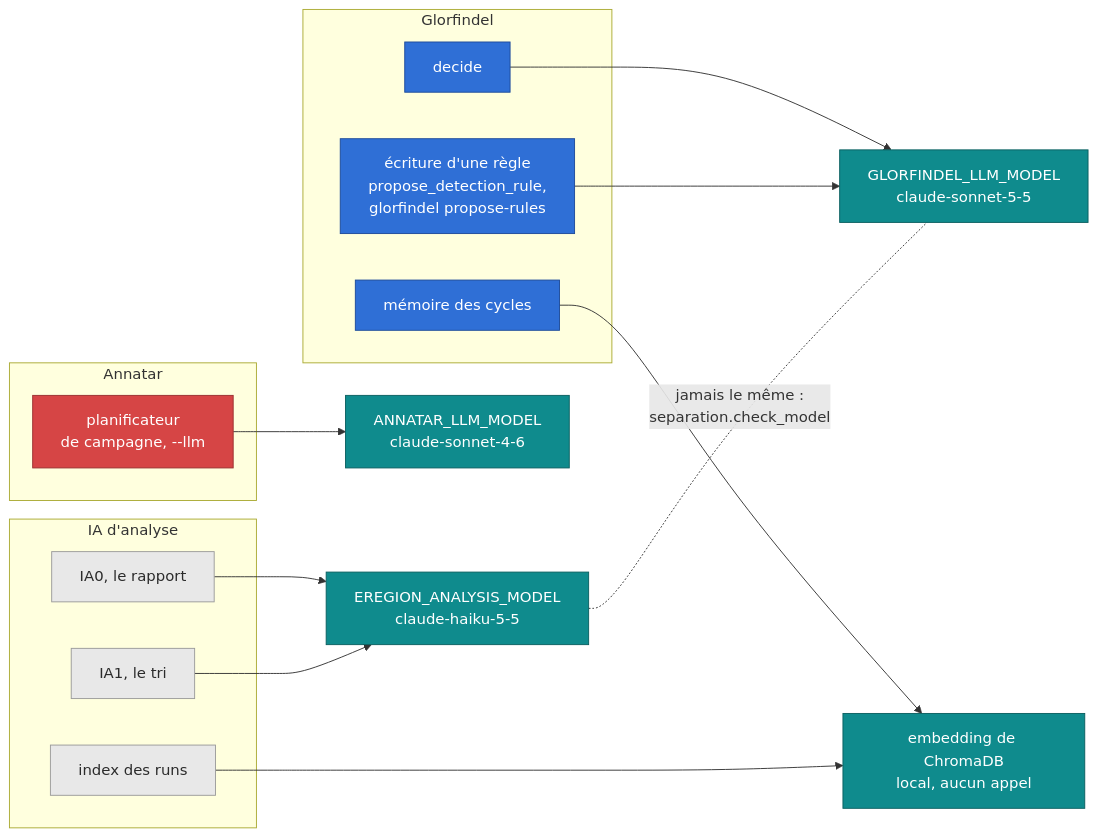
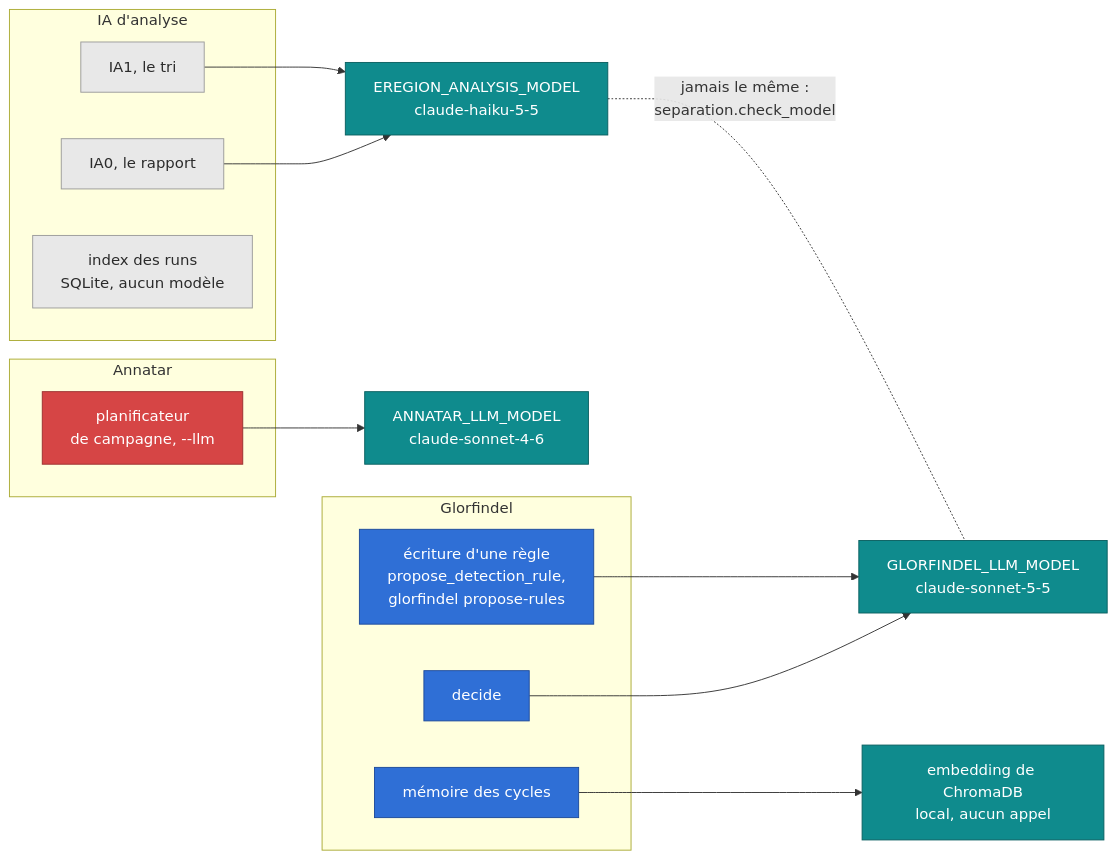
The second of 7 diagrams in docs/raisonnement.md (grootcyber/eregion), drawn with Mermaid before and after one commit. The commit also changed other lines of this file, not shown here.

First line of the commit message:
docs(raisonnement): l'index de l'IA d'analyse sur SQLite depuis MEM3, et les lignes citées refaites au commit a815a927 (RAI1, Partie de #1045)

````diff
--- a/docs/raisonnement.md
+++ b/docs/raisonnement.md
@@ -109,36 +109,35 @@
 ```mermaid
 flowchart LR
     subgraph GL["Glorfindel"]
         DEC["decide"]
         AUT["écriture d'une règle<br/>propose_detection_rule,<br/>glorfindel propose-rules"]
         MEMG["mémoire des cycles"]
     end
     subgraph AN["Annatar"]
         PLAN["planificateur<br/>de campagne, --llm"]
     end
     subgraph IA["IA d'analyse"]
         IA0["IA0, le rapport"]
         IA1["IA1, le tri"]
-        IDX["index des runs"]
+        IDX["index des runs<br/>SQLite, aucun modèle"]
     end
     MG["GLORFINDEL_LLM_MODEL<br/>claude-sonnet-5-5"]
     MA["ANNATAR_LLM_MODEL<br/>claude-sonnet-4-6"]
     MX["EREGION_ANALYSIS_MODEL<br/>claude-haiku-5-5"]
     EMB["embedding de ChromaDB<br/>local, aucun appel"]
     DEC --> MG
     AUT --> MG
     PLAN --> MA
     IA0 --> MX
     IA1 --> MX
     MEMG --> EMB
-    IDX --> EMB
     MX -.-|"jamais le même :<br/>separation.check_model"| MG
     classDef blue fill:#2f6fd6,stroke:#1d4a9a,color:#ffffff
     classDef red fill:#d64545,stroke:#9a2f2f,color:#ffffff
     classDef data fill:#e8e8e8,stroke:#9a9a9a,color:#2b2b2b
     classDef model fill:#0f8b8d,stroke:#0a5f60,color:#ffffff
     class DEC,AUT,MEMG blue
     class PLAN red
     class IA0,IA1,IDX data
     class MG,MA,MX,EMB model
 ```
````
